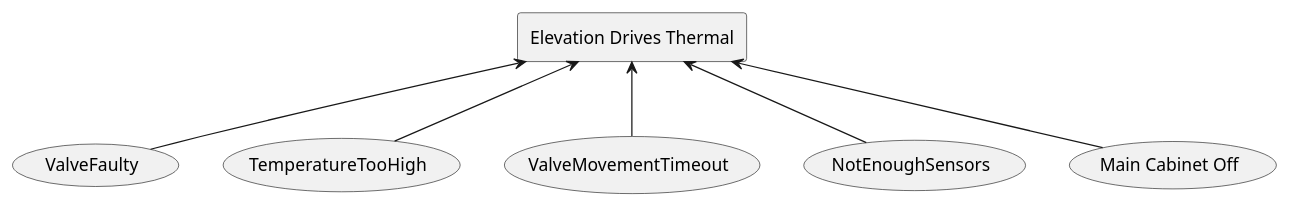
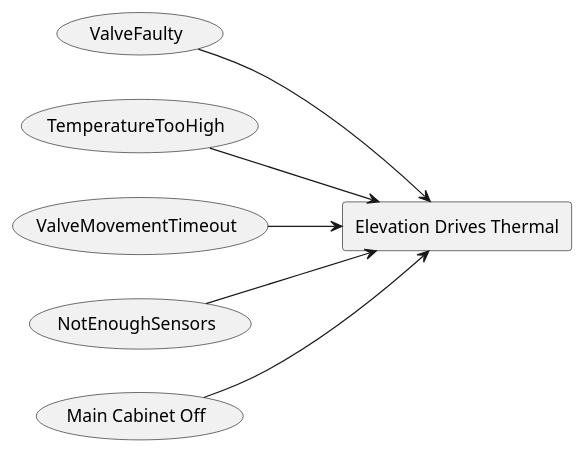
The seventh of 18 diagrams in README.md (lsst-ts/ts_tma_tma-documentation_tma-faults), drawn with PlantUML before and after one commit. The commit also changed other lines of this file, not shown here.

Commit message:
refactor: change the diagrams to be left to right instead of top to bottom

````diff
--- a/README.md
+++ b/README.md
@@ -542,21 +547,22 @@
 ```plantuml
 @startuml
+left to right direction
 rectangle "Elevation Drives Thermal" as ElevationDrivesThermal
 usecase "ValveFaulty" as ValveFaulty
 
-ValveFaulty -u-> ElevationDrivesThermal
+ValveFaulty --> ElevationDrivesThermal
 usecase "TemperatureTooHigh" as TemperatureTooHigh
 
-TemperatureTooHigh -u-> ElevationDrivesThermal
+TemperatureTooHigh --> ElevationDrivesThermal
 usecase "ValveMovementTimeout" as ValveMovementTimeout
 
-ValveMovementTimeout -u-> ElevationDrivesThermal
+ValveMovementTimeout --> ElevationDrivesThermal
 usecase "NotEnoughSensors" as NotEnoughSensors
 
-NotEnoughSensors -u-> ElevationDrivesThermal
+NotEnoughSensors --> ElevationDrivesThermal
 usecase "Main Cabinet Off" as MainCabinetOff
 
-MainCabinetOff -u-> ElevationDrivesThermal
+MainCabinetOff --> ElevationDrivesThermal
 
 @enduml
 ```
````
